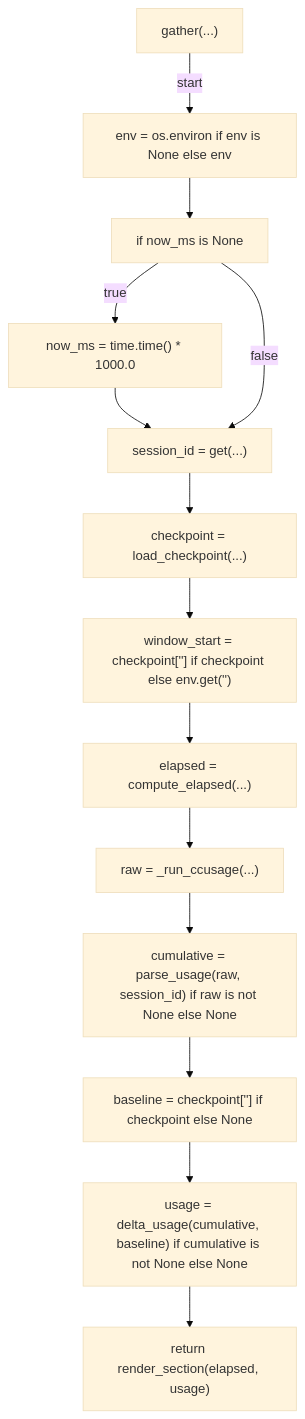
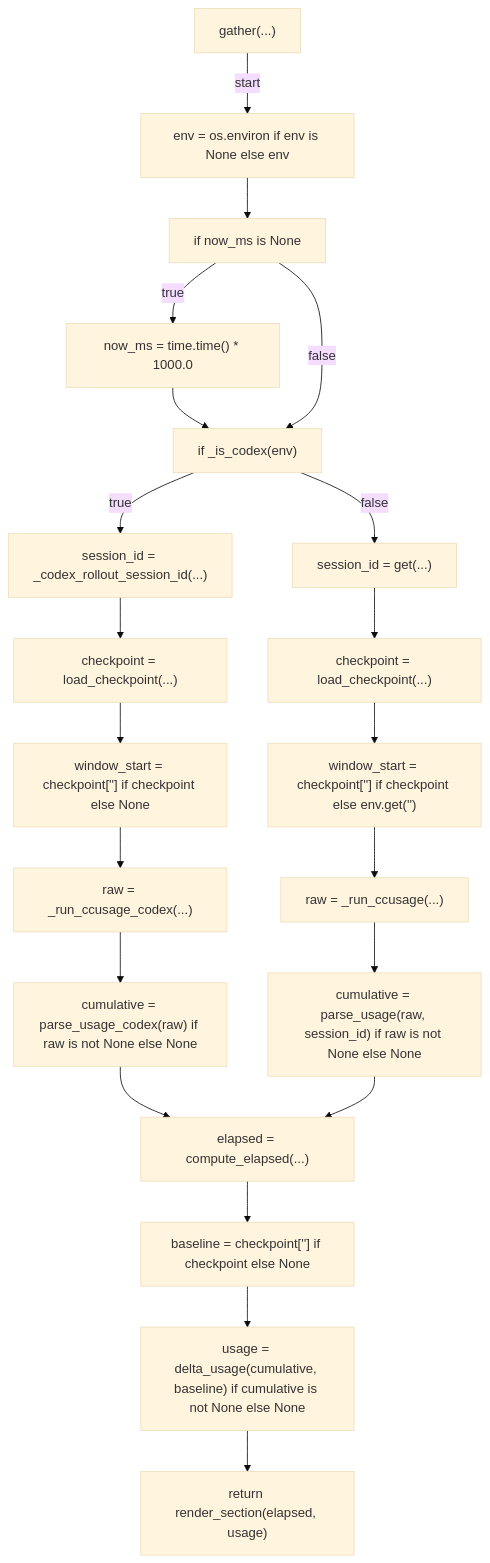
One commit to tvna/claude-md changed diagram 17 of 19 in docs/generated/scripts/ast/session_resource_report.md. Above: the diagram before and after it, drawn with Mermaid (base theme). The commit also changed other lines of this file, not shown here.

First line of the commit message:
docs(generated): regenerate decision tree and workflow diagrams

````diff
--- a/docs/generated/scripts/ast/session_resource_report.md
+++ b/docs/generated/scripts/ast/session_resource_report.md
@@ -326,29 +447,42 @@
 ```mermaid
 flowchart TD
     N001["gather(...)"]
     N002["env = os.environ if env is None else env"]
     N003["if now_ms is None"]
     N004["now_ms = time.time() * 1000.0"]
-    N005["session_id = get(...)"]
-    N006["checkpoint = load_checkpoint(...)"]
-    N007["window_start = checkpoint['<str>'] if checkpoint else env.get('<str>')"]
-    N008["elapsed = compute_elapsed(...)"]
-    N009["raw = _run_ccusage(...)"]
-    N010["cumulative = parse_usage(raw, session_id) if raw is not None else None"]
-    N011["baseline = checkpoint['<str>'] if checkpoint else None"]
-    N012["usage = delta_usage(cumulative, baseline) if cumulative is not None else None"]
-    N013["return render_section(elapsed, usage)"]
+    N005["if _is_codex(env)"]
+    N006["session_id = _codex_rollout_session_id(...)"]
+    N007["checkpoint = load_checkpoint(...)"]
+    N008["window_start = checkpoint['<str>'] if checkpoint else None"]
+    N009["raw = _run_ccusage_codex(...)"]
+    N010["cumulative = parse_usage_codex(raw) if raw is not None else None"]
+    N011["session_id = get(...)"]
+    N012["checkpoint = load_checkpoint(...)"]
+    N013["window_start = checkpoint['<str>'] if checkpoint else env.get('<str>')"]
+    N014["raw = _run_ccusage(...)"]
+    N015["cumulative = parse_usage(raw, session_id) if raw is not None else None"]
+    N016["elapsed = compute_elapsed(...)"]
+    N017["baseline = checkpoint['<str>'] if checkpoint else None"]
+    N018["usage = delta_usage(cumulative, baseline) if cumulative is not None else None"]
+    N019["return render_section(elapsed, usage)"]
     N001 -->|"start"| N002
     N002 --> N003
     N003 -->|"true"| N004
     N004 --> N005
     N003 -->|"false"| N005
-    N005 --> N006
+    N005 -->|"true"| N006
     N006 --> N007
     N007 --> N008
     N008 --> N009
     N009 --> N010
-    N010 --> N011
+    N005 -->|"false"| N011
     N011 --> N012
     N012 --> N013
+    N013 --> N014
+    N014 --> N015
+    N010 --> N016
+    N015 --> N016
+    N016 --> N017
+    N017 --> N018
+    N018 --> N019
 ```
````
